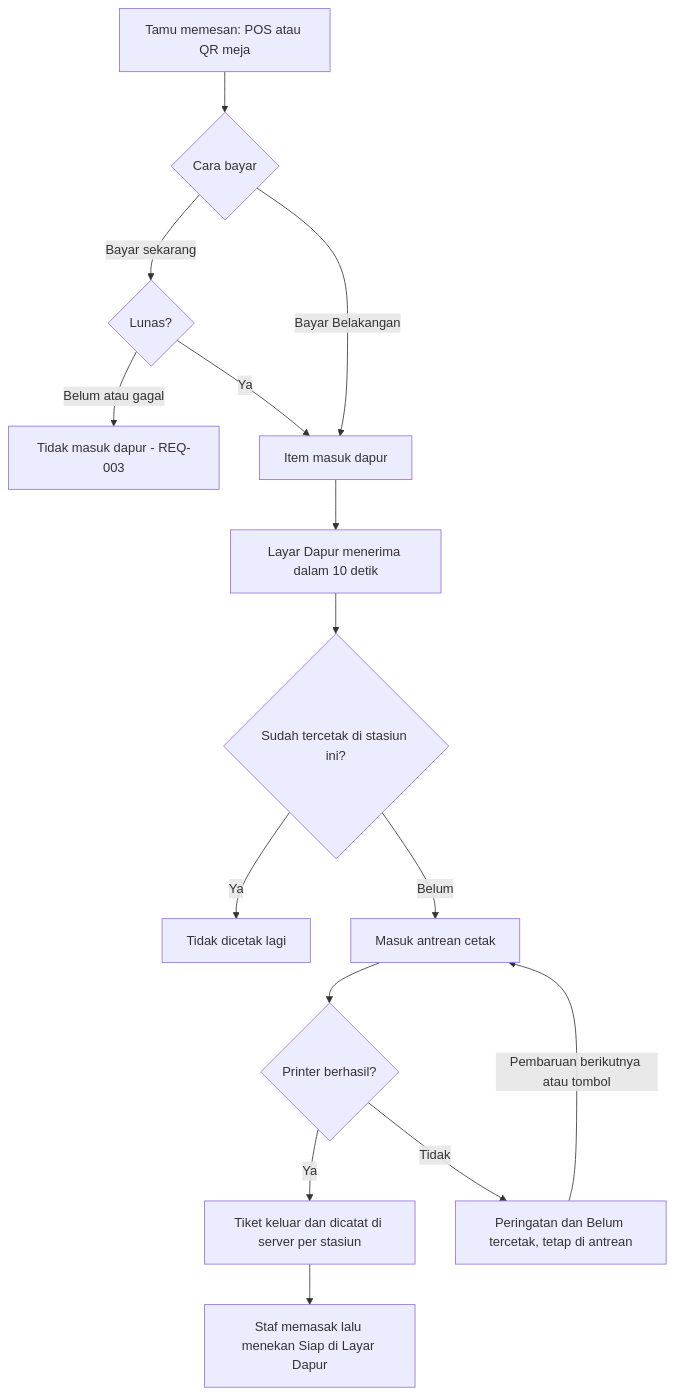
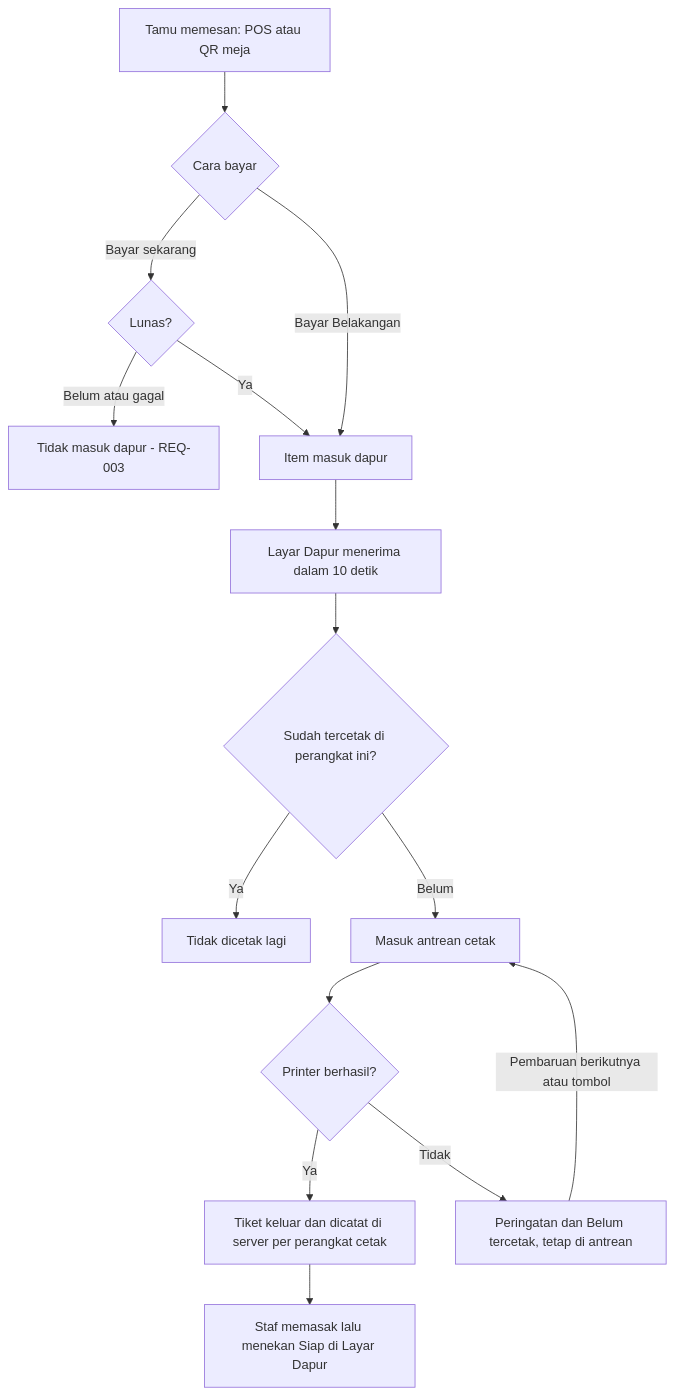
One commit to radityaaa43/poc-pos changed the first of 2 diagrams in backlog/REQ-004-printer-tiket-dapur.md. Above: the diagram before and after it, drawn with Mermaid. The commit also changed other lines of this file, not shown here.

````diff
--- a/backlog/REQ-004-printer-tiket-dapur.md
+++ b/backlog/REQ-004-printer-tiket-dapur.md
@@ -132,17 +153,17 @@
 ```mermaid
 flowchart TD
     A[Tamu memesan: POS atau QR meja] --> B{Cara bayar}
     B -->|Bayar sekarang| C{Lunas?}
     C -->|Belum atau gagal| C1[Tidak masuk dapur - REQ-003]
     C -->|Ya| D[Item masuk dapur]
     B -->|Bayar Belakangan| D
     D --> E[Layar Dapur menerima dalam 10 detik]
-    E --> F{Sudah tercetak di stasiun ini?}
+    E --> F{Sudah tercetak di perangkat ini?}
     F -->|Ya| G[Tidak dicetak lagi]
     F -->|Belum| H[Masuk antrean cetak]
     H --> I{Printer berhasil?}
-    I -->|Ya| J[Tiket keluar dan dicatat di server per stasiun]
+    I -->|Ya| J[Tiket keluar dan dicatat di server per perangkat cetak]
     I -->|Tidak| K[Peringatan dan Belum tercetak, tetap di antrean]
     K -->|Pembaruan berikutnya atau tombol| H
     J --> L[Staf memasak lalu menekan Siap di Layar Dapur]
 ```
````
